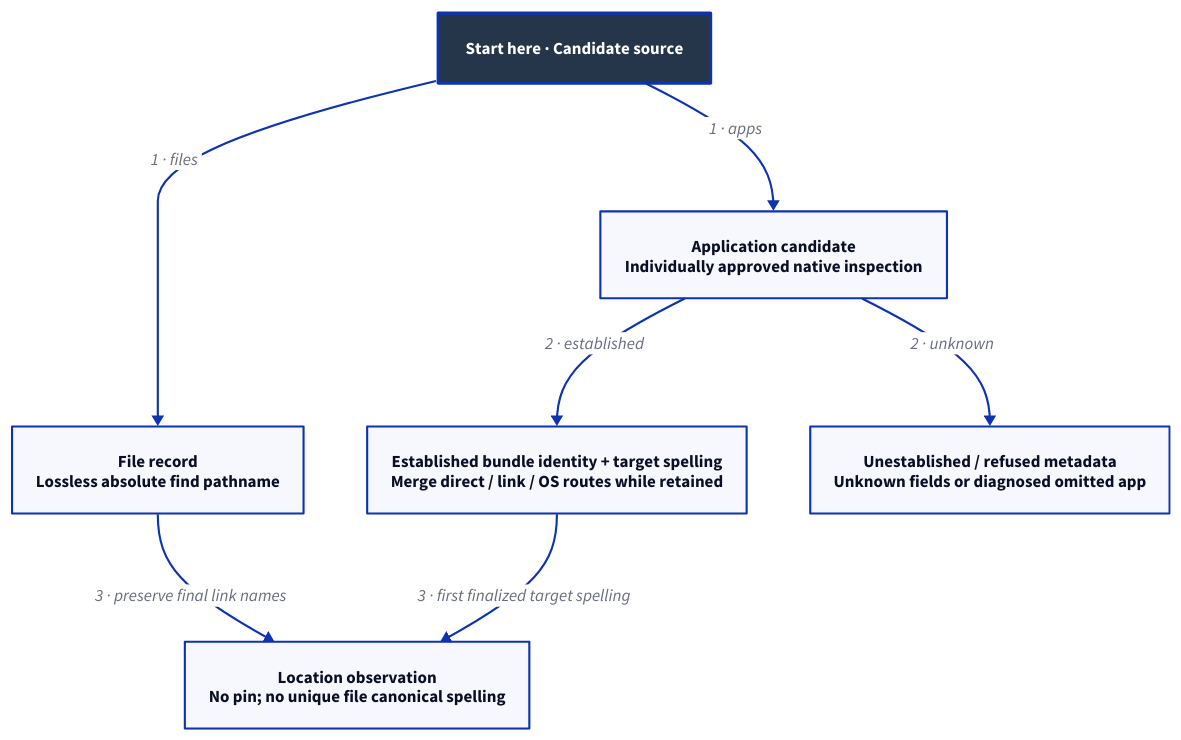
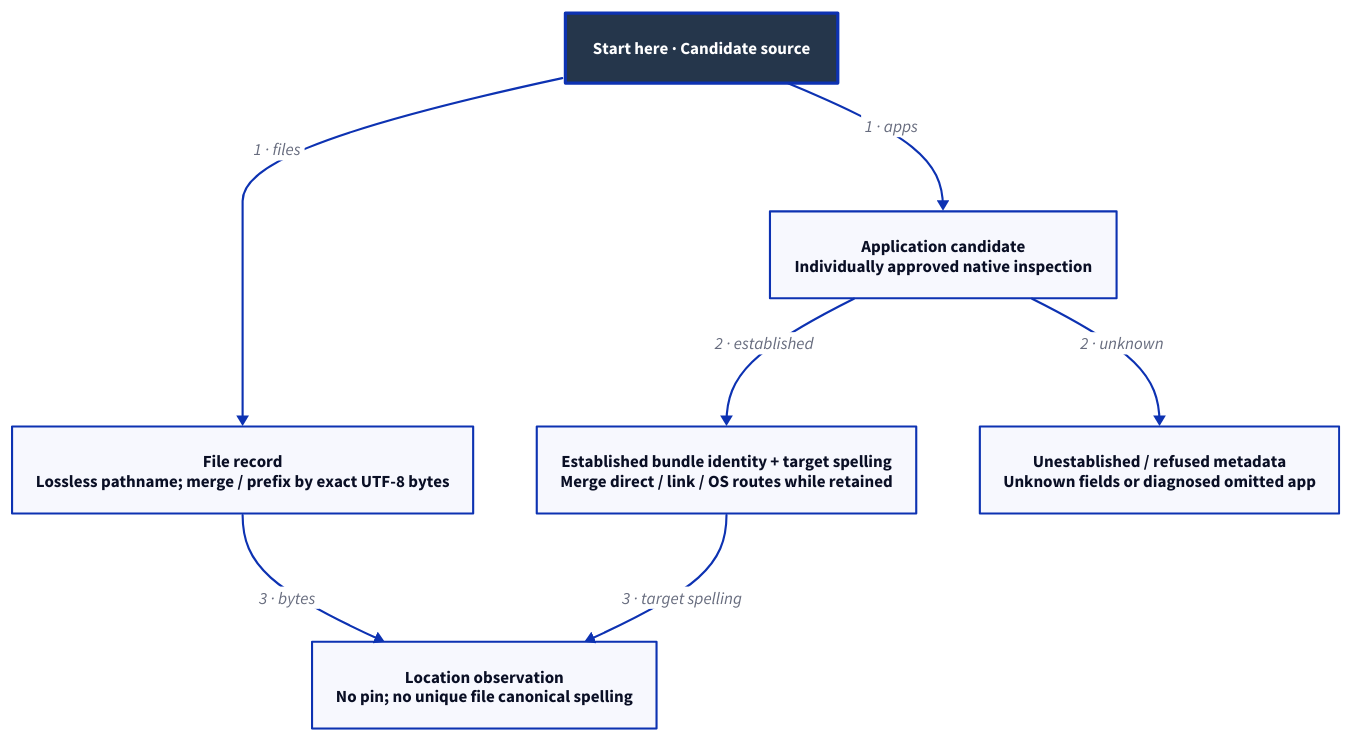
One commit to Linkuistics/Koine changed the diagram in docs/design/architecture/search-canonical.d2. Above: the diagram before and after it, drawn with D2. The commit also changed 39 other files, not shown here.

```diff
--- a/docs/design/architecture/search-canonical.d2
+++ b/docs/design/architecture/search-canonical.d2
@@ -1,17 +1,17 @@
 # Selected mechanism, subject to human choices/review/native acceptance.
 direction: down
 classes: {
   start: {style: {fill: "#25364B"; font-color: "#FFFFFF"; bold: true; stroke-width: 3}}
 }
 Start: "Start here · Candidate source" {class: start}
-File: "File record\nLossless absolute find pathname"
+File: "File record\nLossless pathname; merge / prefix by exact UTF-8 bytes"
 App: "Application candidate\nIndividually approved native inspection"
 Identity: "Established bundle identity + target spelling\nMerge direct / link / OS routes while retained"
 Unknown: "Unestablished / refused metadata\nUnknown fields or diagnosed omitted app"
 Location: "Location observation\nNo pin; no unique file canonical spelling"
 Start -> File: "1 · files"
 Start -> App: "1 · apps"
 App -> Identity: "2 · established"
 App -> Unknown: "2 · unknown"
-File -> Location: "3 · preserve final link names"
-Identity -> Location: "3 · first finalized target spelling"
+File -> Location: "3 · bytes"
+Identity -> Location: "3 · target spelling"
```
